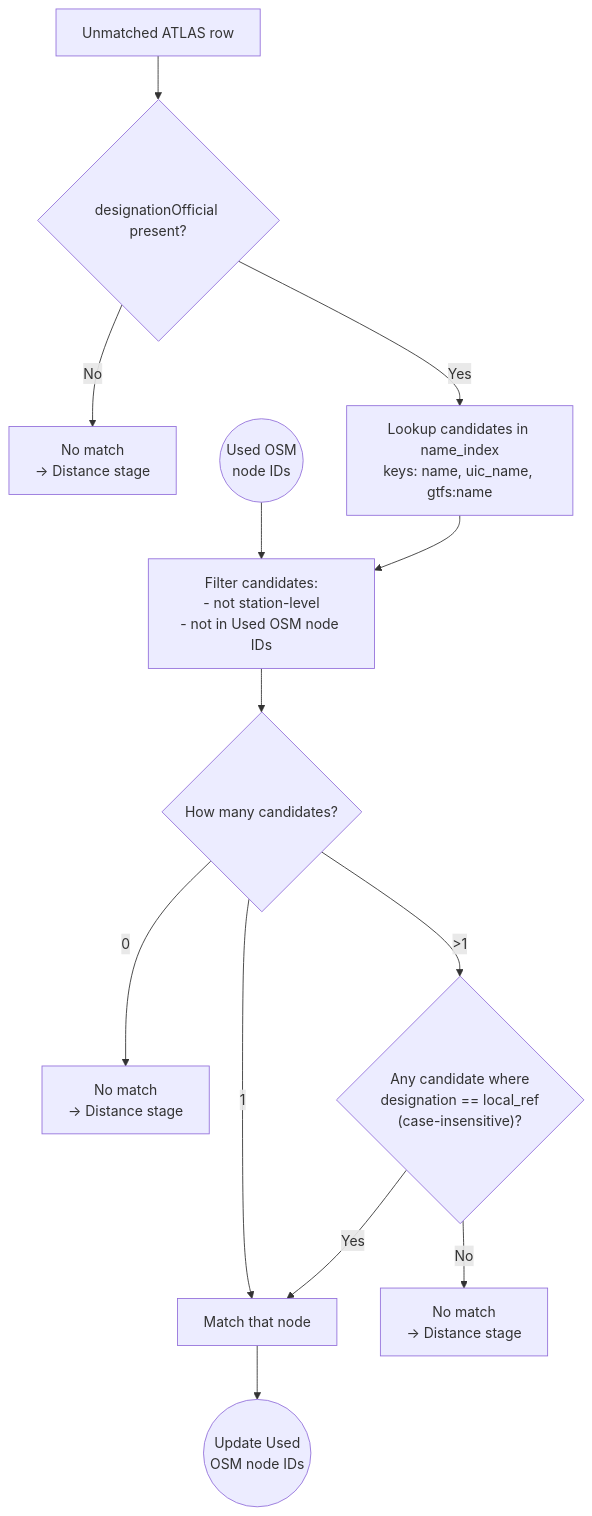
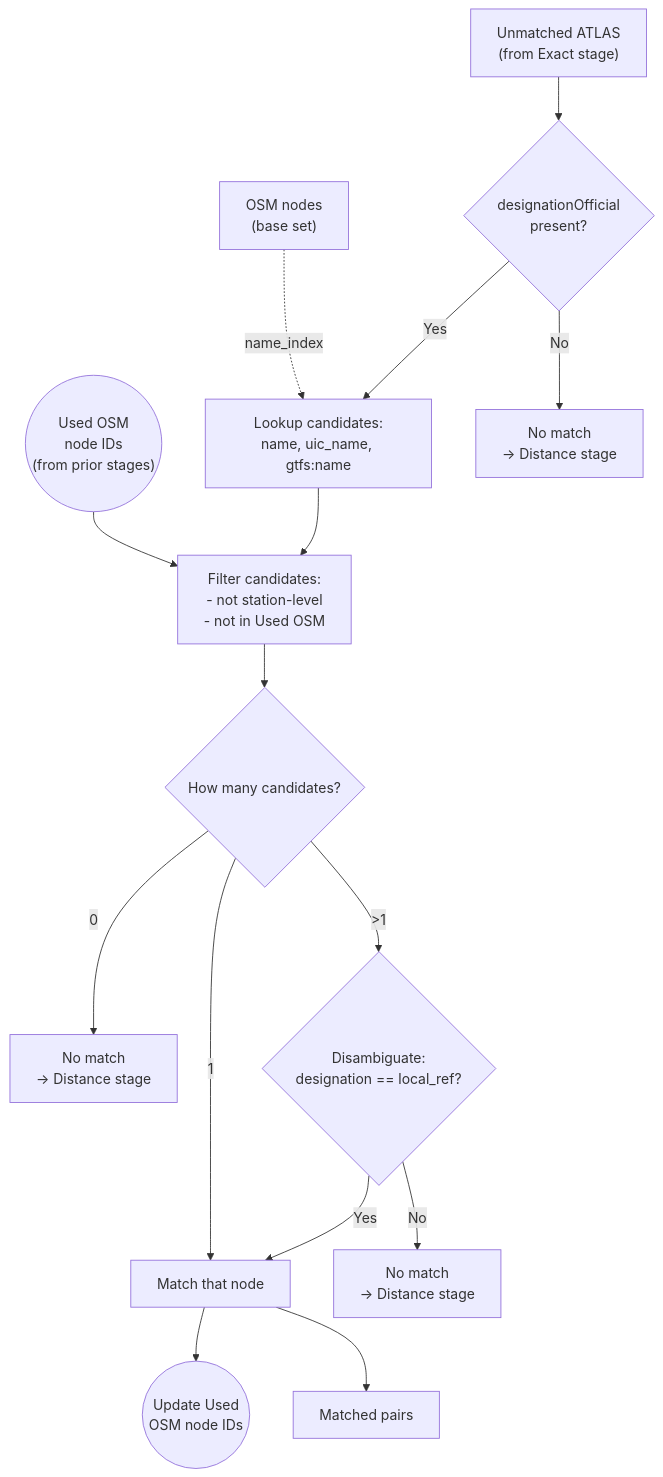
The diagram in documentation/2.2 Name matching.md (openTdataCH/stop_sync_osm_atlas), drawn with Mermaid before and after one commit. The commit also changed other lines of this file and 11 other files, not shown here.

````diff
--- a/documentation/2.2 Name matching.md
+++ b/documentation/2.2 Name matching.md
@@ -5,15 +5,26 @@
 ```mermaid
 flowchart TB
-    A["Unmatched ATLAS row"] --> Z{"designationOfficial present?"}
+    %% ===== INPUTS =====
+    IN["Unmatched ATLAS<br/>(from Exact stage)"]
+    OSM["OSM nodes<br/>(base set)"]
+    U(("Used OSM<br/>node IDs<br/>(from prior stages)"))
+
+    IN --> Z{"designationOfficial<br/>present?"}
+    OSM -.-> |"name_index"| K
+    U --> F
+
     Z -->|No| N0["No match<br/>→ Distance stage"]
-    Z -->|Yes| K["Lookup candidates in name_index<br/>keys: name, uic_name, gtfs:name"]
-    U(("Used OSM<br/>node IDs")) --> F
-    K --> F["Filter candidates:<br/>- not station-level<br/>- not in Used OSM node IDs"]
+    Z -->|Yes| K["Lookup candidates:<br/>name, uic_name, gtfs:name"]
+
+    K --> F["Filter candidates:<br/>- not station-level<br/>- not in Used OSM"]
     F --> S{"How many candidates?"}
+
     S -->|0| N1["No match<br/>→ Distance stage"]
-    S -->|1| M[Match that node]
-    S -->|">1"| D{"Any candidate where<br/>designation == local_ref<br/>(case-insensitive)?"}
+    S -->|1| M["Match that node"]
+    S -->|">1"| D{"Disambiguate:<br/>designation == local_ref?"}
     D -->|Yes| M
     D -->|No| N2["No match<br/>→ Distance stage"]
+
     M --> U2(("Update Used<br/>OSM node IDs"))
+    M --> OUT["Matched pairs"]
 ```
````
